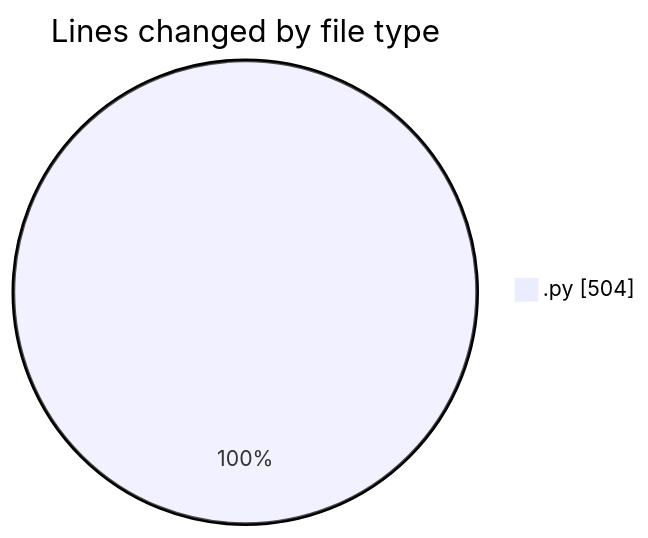
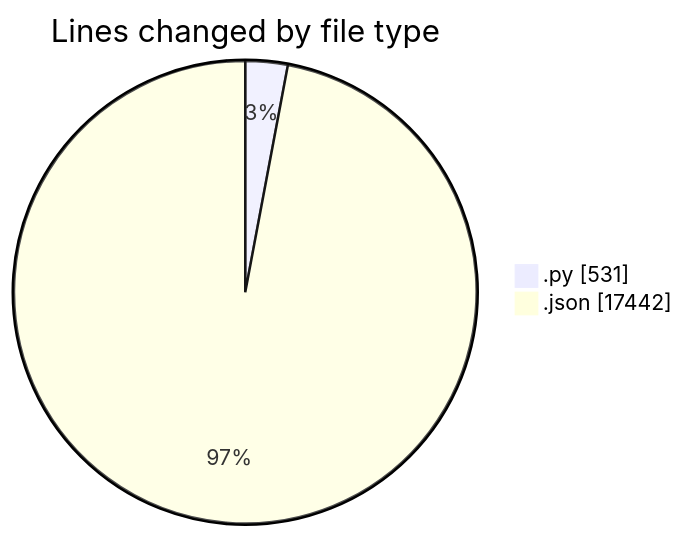
One commit to MatusMokan/code-tracking changed the first of 2 diagrams in 2025-10-25/untitled__workspace_/README.md. Above: the diagram before and after it, drawn with Mermaid. The commit also changed other lines of this file and 1 other file, not shown here.

````diff
--- a/2025-10-25/untitled__workspace_/README.md
+++ b/2025-10-25/untitled__workspace_/README.md
@@ -20,5 +21,6 @@
 ```mermaid
 pie showData
 title Lines changed by file type
-".py" : 504
+".py" : 531
+".json" : 17442
 ```
````
